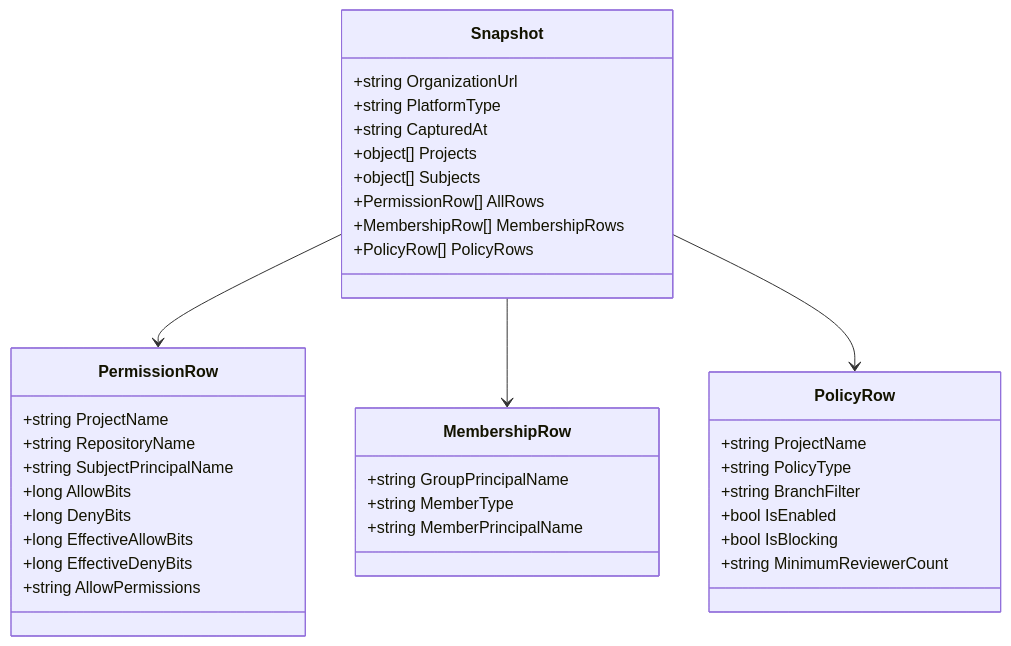
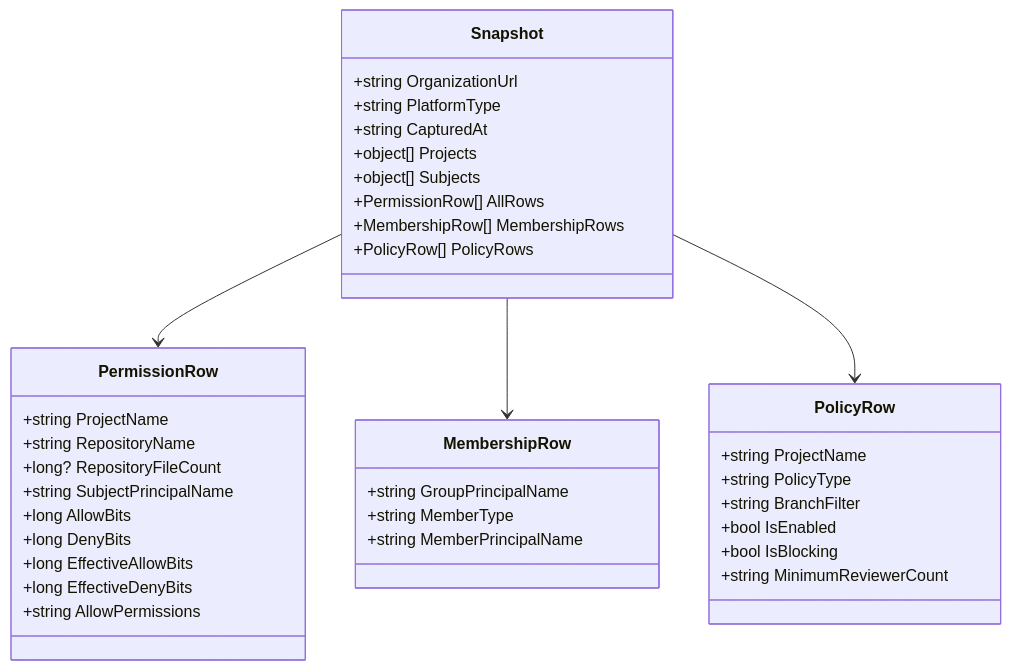
Before and after one commit to dev-advocacy/AdoPerm: the fourth of 6 diagrams in doc/MIGRATION.md, drawn with Mermaid. The commit also changed other lines of this file and 1 other file, not shown here.

````diff
--- a/doc/MIGRATION.md
+++ b/doc/MIGRATION.md
@@ -126,43 +129,44 @@
 ```mermaid
 classDiagram
     class Snapshot {
         +string OrganizationUrl
         +string PlatformType
         +string CapturedAt
         +object[] Projects
         +object[] Subjects
         +PermissionRow[] AllRows
         +MembershipRow[] MembershipRows
         +PolicyRow[] PolicyRows
     }
 
     class PermissionRow {
         +string ProjectName
         +string RepositoryName
+        +long? RepositoryFileCount
         +string SubjectPrincipalName
         +long AllowBits
         +long DenyBits
         +long EffectiveAllowBits
         +long EffectiveDenyBits
         +string AllowPermissions
     }
 
     class MembershipRow {
         +string GroupPrincipalName
         +string MemberType
         +string MemberPrincipalName
     }
 
     class PolicyRow {
         +string ProjectName
         +string PolicyType
         +string BranchFilter
         +bool IsEnabled
         +bool IsBlocking
         +string MinimumReviewerCount
     }
 
     Snapshot --> PermissionRow
     Snapshot --> MembershipRow
     Snapshot --> PolicyRow
 ```
````
